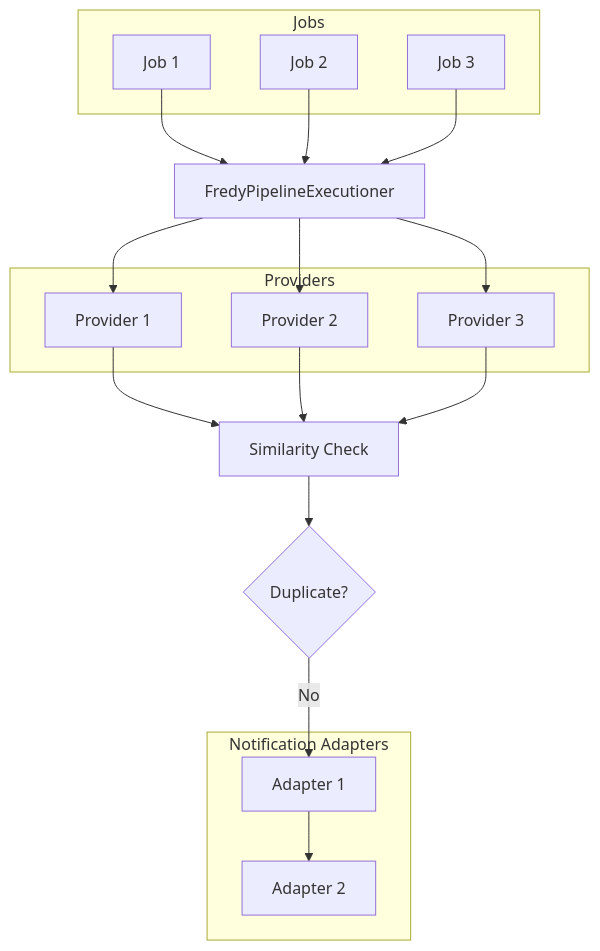
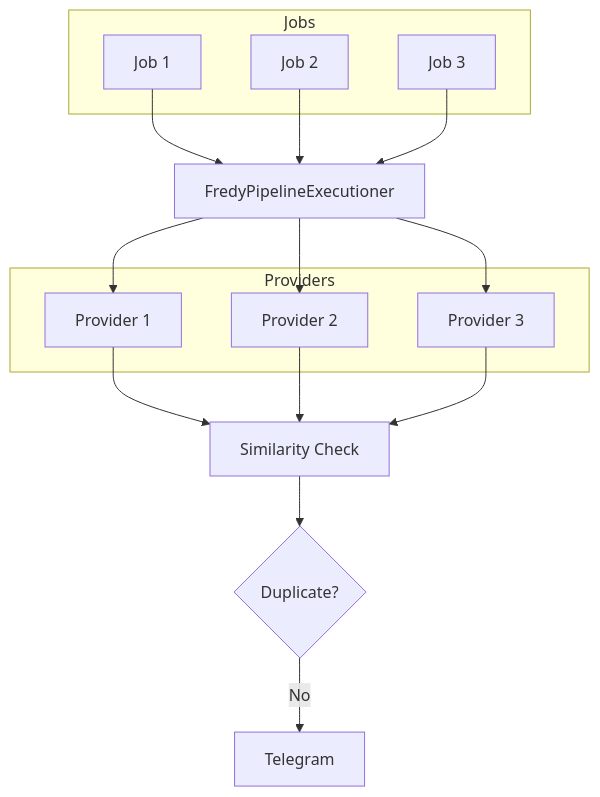
One commit to jhytabest/ShoberFredy changed the diagram in README.md. Above: the diagram before and after it, drawn with Mermaid. The commit also changed other lines of this file and 124 other files, not shown here.

````diff
--- a/README.md
+++ b/README.md
@@ -509,28 +435,22 @@
 ```mermaid
 flowchart TD
  subgraph Jobs["Jobs"]
         A1["Job 1"]
         A2["Job 2"]
         A3["Job 3"]
   end
  subgraph Providers["Providers"]
         C1["Provider 1"]
         C2["Provider 2"]
         C3["Provider 3"]
   end
- subgraph NotificationAdapters["Notification Adapters"]
-        F1["Adapter 1"]
-        F2["Adapter 2"]
-  end
-
     A1 --> B["FredyPipelineExecutioner"]
     A2 --> B
     A3 --> B
     B --> C1 & C2 & C3
     C1 --> D["Similarity Check"]
     C2 --> D
     C3 --> D
     D --> E{"Duplicate?"}
-    E -- No --> F1
-    F1 --> F2
+    E -- No --> F["Telegram"]
 ```
````
